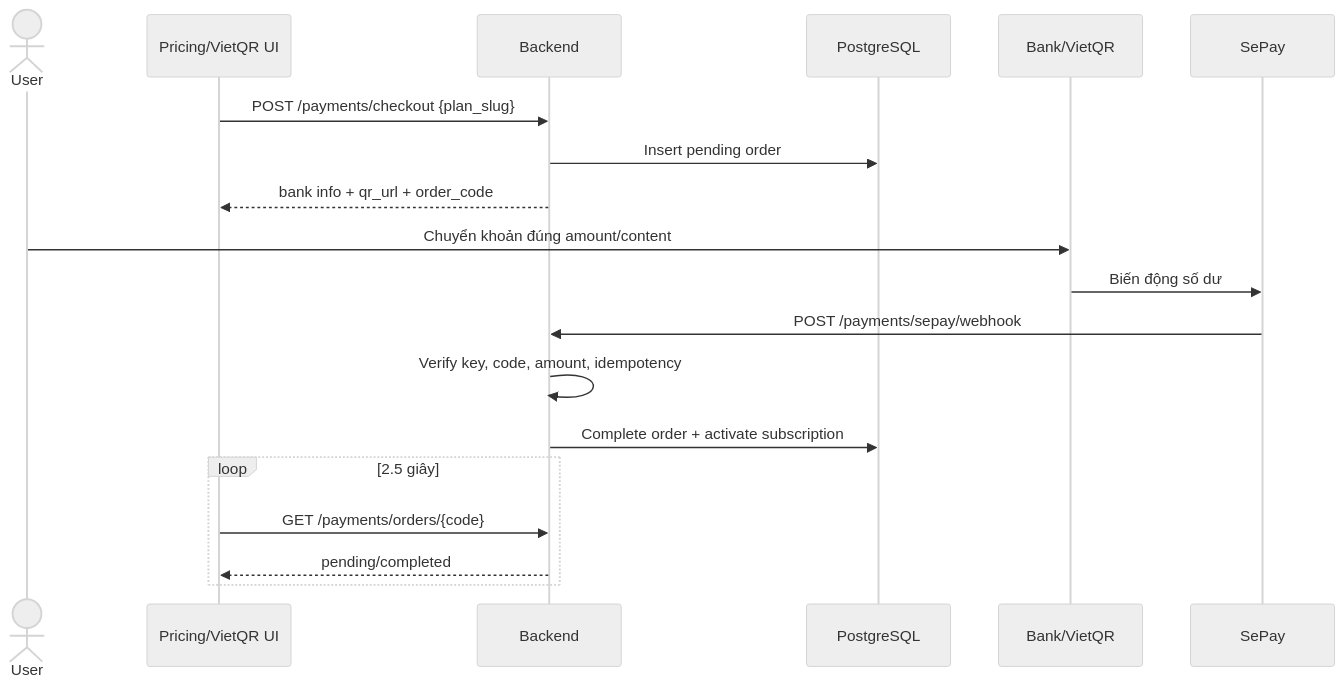
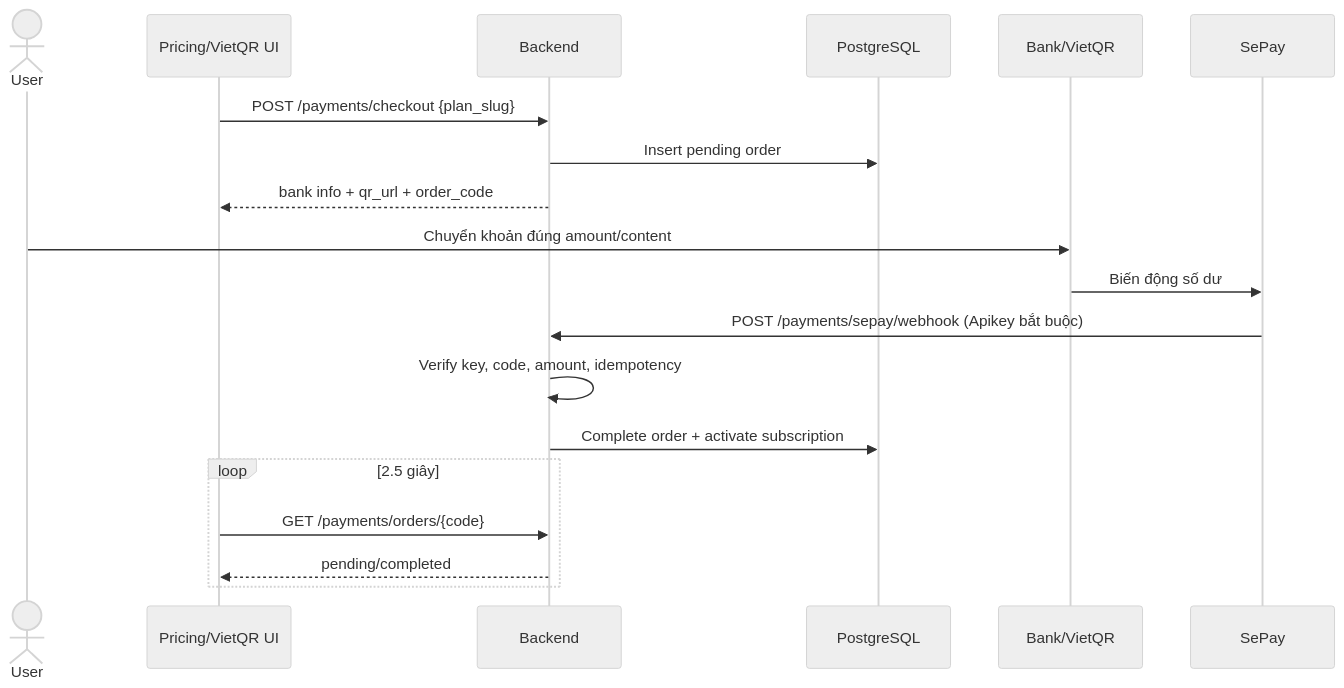
The fifth of 9 diagrams in docs/03-architecture/sequence-diagrams.md (plxgplxgplxg/meeting-voice-assistant), drawn with Mermaid (neutral theme) before and after one commit. The commit also changed other lines of this file and 234 other files, not shown here.

````diff
--- a/docs/03-architecture/sequence-diagrams.md
+++ b/docs/03-architecture/sequence-diagrams.md
@@ -112,21 +143,21 @@
 ```mermaid
 sequenceDiagram
     actor U as User
     participant UI as Pricing/VietQR UI
     participant API as Backend
     participant DB as PostgreSQL
     participant Bank as Bank/VietQR
     participant S as SePay
     UI->>API: POST /payments/checkout {plan_slug}
     API->>DB: Insert pending order
     API-->>UI: bank info + qr_url + order_code
     U->>Bank: Chuyển khoản đúng amount/content
     Bank->>S: Biến động số dư
-    S->>API: POST /payments/sepay/webhook
+    S->>API: POST /payments/sepay/webhook (Apikey bắt buộc)
     API->>API: Verify key, code, amount, idempotency
     API->>DB: Complete order + activate subscription
     loop 2.5 giây
         UI->>API: GET /payments/orders/{code}
         API-->>UI: pending/completed
     end
 ```
````
